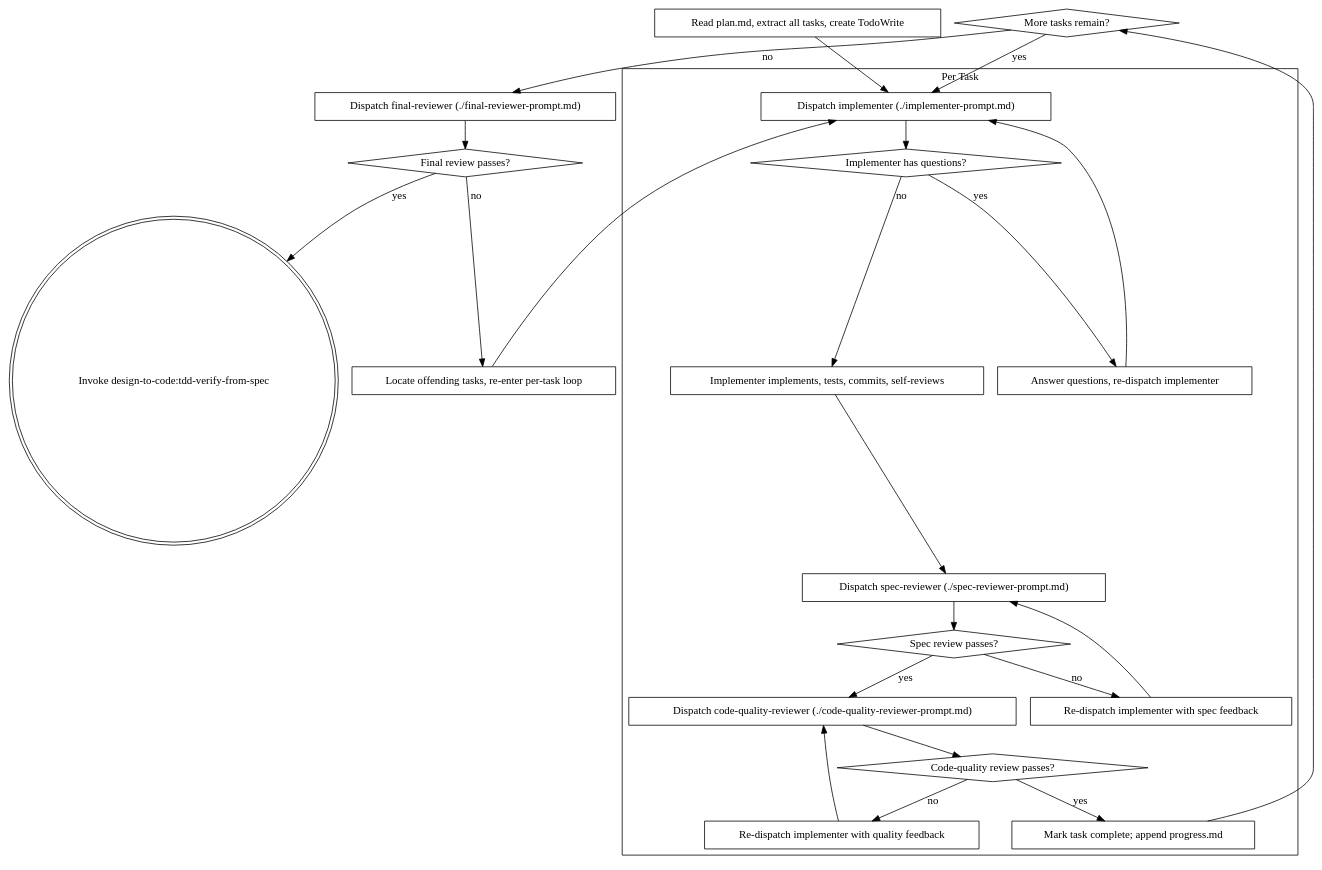
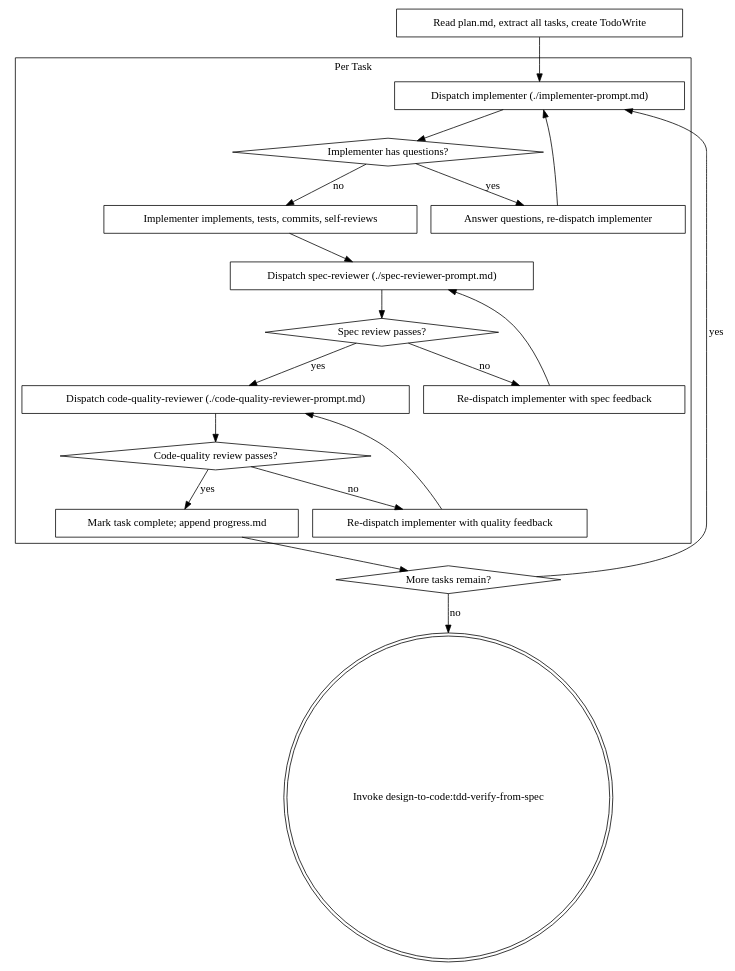
The second of 2 diagrams in skills/subagent-driven-development/SKILL.md (zhangtianwei1998/design-to-code), drawn with Graphviz before and after one commit. The commit also changed other lines of this file and 4 other files, not shown here.

First line of the commit message:
refactor(skills): widen entry, drop round caps, drop final-reviewer and tail handoff

````diff
--- a/skills/subagent-driven-development/SKILL.md
+++ b/skills/subagent-driven-development/SKILL.md
@@ -50,49 +49,42 @@
 ```dot
 digraph process {
     rankdir=TB;
 
     subgraph cluster_per_task {
         label="Per Task";
         "Dispatch implementer (./implementer-prompt.md)" [shape=box];
         "Implementer has questions?" [shape=diamond];
         "Answer questions, re-dispatch implementer" [shape=box];
         "Implementer implements, tests, commits, self-reviews" [shape=box];
         "Dispatch spec-reviewer (./spec-reviewer-prompt.md)" [shape=box];
         "Spec review passes?" [shape=diamond];
         "Re-dispatch implementer with spec feedback" [shape=box];
         "Dispatch code-quality-reviewer (./code-quality-reviewer-prompt.md)" [shape=box];
         "Code-quality review passes?" [shape=diamond];
         "Re-dispatch implementer with quality feedback" [shape=box];
         "Mark task complete; append progress.md" [shape=box];
     }
 
     "Read plan.md, extract all tasks, create TodoWrite" [shape=box];
     "More tasks remain?" [shape=diamond];
-    "Dispatch final-reviewer (./final-reviewer-prompt.md)" [shape=box];
-    "Final review passes?" [shape=diamond];
-    "Locate offending tasks, re-enter per-task loop" [shape=box];
     "Invoke design-to-code:tdd-verify-from-spec" [shape=doublecircle];
 
     "Read plan.md, extract all tasks, create TodoWrite" -> "Dispatch implementer (./implementer-prompt.md)";
     "Dispatch implementer (./implementer-prompt.md)" -> "Implementer has questions?";
     "Implementer has questions?" -> "Answer questions, re-dispatch implementer" [label="yes"];
     "Answer questions, re-dispatch implementer" -> "Dispatch implementer (./implementer-prompt.md)";
     "Implementer has questions?" -> "Implementer implements, tests, commits, self-reviews" [label="no"];
     "Implementer implements, tests, commits, self-reviews" -> "Dispatch spec-reviewer (./spec-reviewer-prompt.md)";
     "Dispatch spec-reviewer (./spec-reviewer-prompt.md)" -> "Spec review passes?";
     "Spec review passes?" -> "Re-dispatch implementer with spec feedback" [label="no"];
     "Re-dispatch implementer with spec feedback" -> "Dispatch spec-reviewer (./spec-reviewer-prompt.md)";
     "Spec review passes?" -> "Dispatch code-quality-reviewer (./code-quality-reviewer-prompt.md)" [label="yes"];
     "Dispatch code-quality-reviewer (./code-quality-reviewer-prompt.md)" -> "Code-quality review passes?";
     "Code-quality review passes?" -> "Re-dispatch implementer with quality feedback" [label="no"];
     "Re-dispatch implementer with quality feedback" -> "Dispatch code-quality-reviewer (./code-quality-reviewer-prompt.md)";
     "Code-quality review passes?" -> "Mark task complete; append progress.md" [label="yes"];
     "Mark task complete; append progress.md" -> "More tasks remain?";
     "More tasks remain?" -> "Dispatch implementer (./implementer-prompt.md)" [label="yes"];
-    "More tasks remain?" -> "Dispatch final-reviewer (./final-reviewer-prompt.md)" [label="no"];
-    "Dispatch final-reviewer (./final-reviewer-prompt.md)" -> "Final review passes?";
-    "Final review passes?" -> "Locate offending tasks, re-enter per-task loop" [label="no"];
-    "Locate offending tasks, re-enter per-task loop" -> "Dispatch implementer (./implementer-prompt.md)";
-    "Final review passes?" -> "Invoke design-to-code:tdd-verify-from-spec" [label="yes"];
+    "More tasks remain?" -> "Invoke design-to-code:tdd-verify-from-spec" [label="no"];
 }
 ```
````
